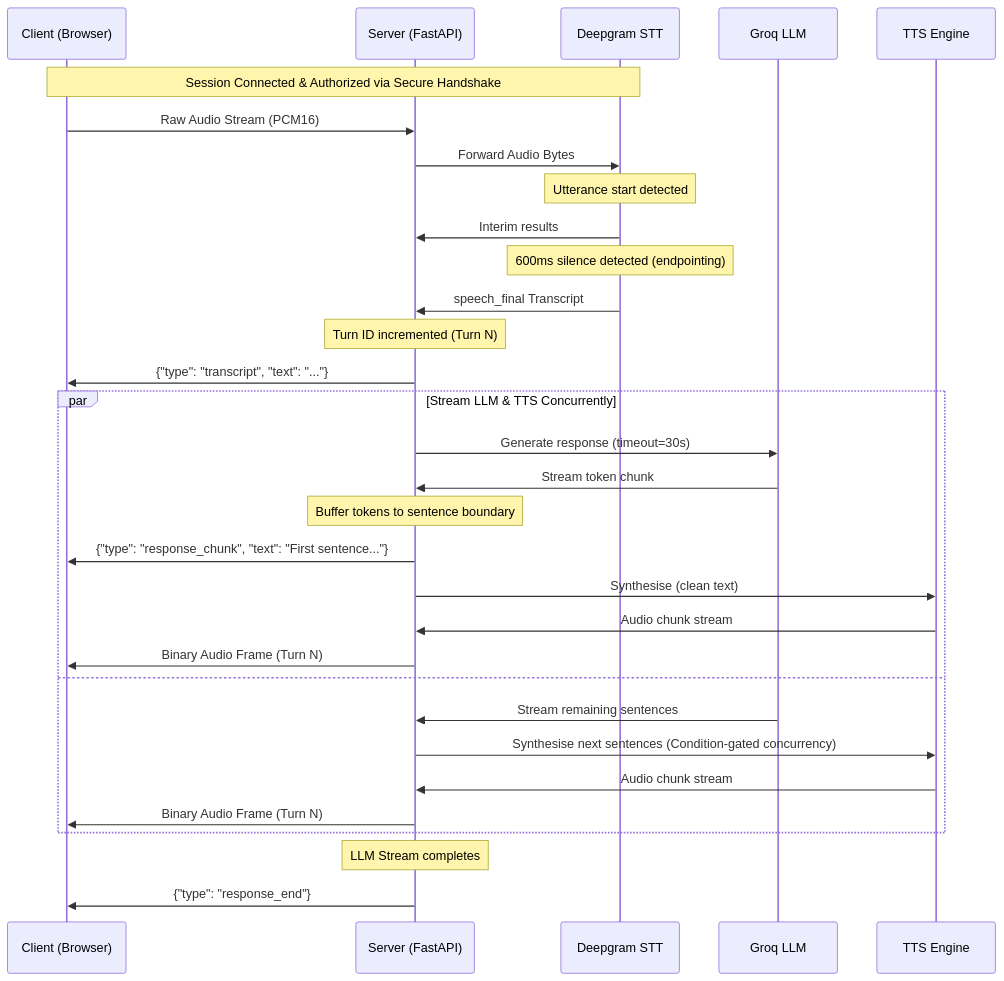
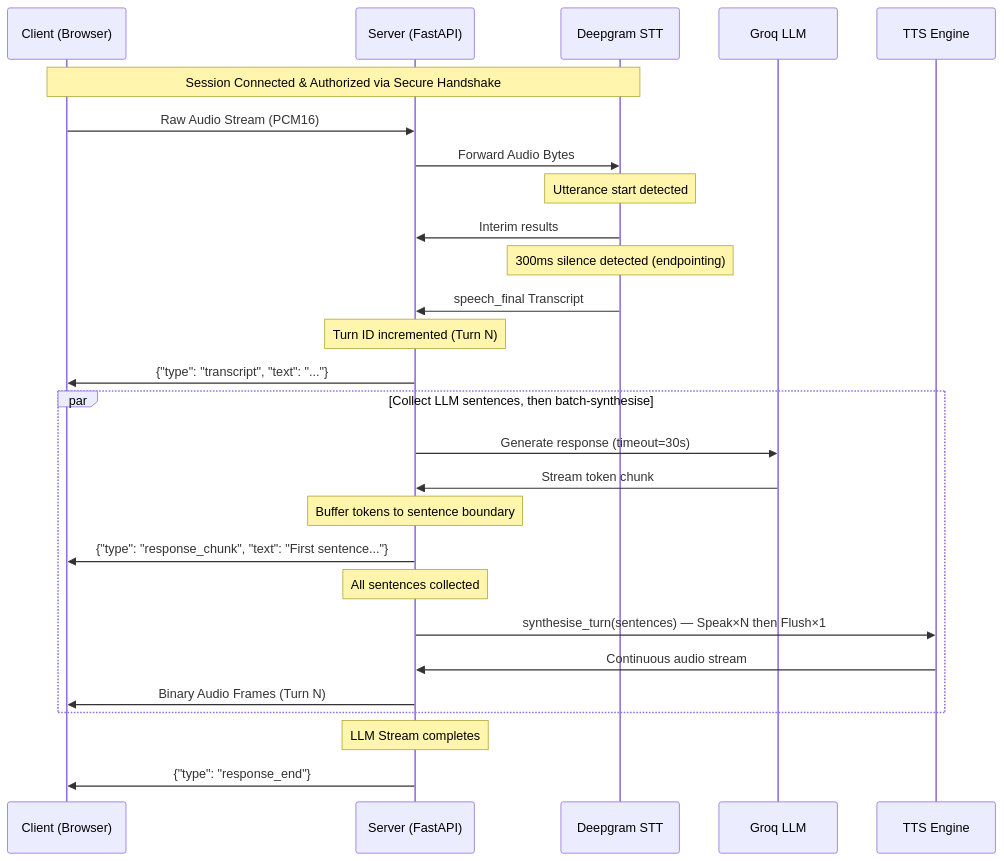
Before and after one commit to Yendoh-Derek/Cascade: the second of 3 diagrams in ARCHITECTURE.md, drawn with Mermaid. The commit also changed other lines of this file and 14 other files, not shown here.

````diff
--- a/ARCHITECTURE.md
+++ b/ARCHITECTURE.md
@@ -33,36 +33,32 @@
 ```mermaid
 sequenceDiagram
     participant C as Client (Browser)
     participant S as Server (FastAPI)
     participant STT as Deepgram STT
     participant LLM as Groq LLM
     participant TTS as TTS Engine
 
     Note over C,STT: Session Connected & Authorized via Secure Handshake
     C->>S: Raw Audio Stream (PCM16)
     S->>STT: Forward Audio Bytes
     Note over STT: Utterance start detected
     STT->>S: Interim results
-    Note over STT: 600ms silence detected (endpointing)
+    Note over STT: 300ms silence detected (endpointing)
     STT->>S: speech_final Transcript
     Note over S: Turn ID incremented (Turn N)
     S->>C: {"type": "transcript", "text": "..."}
     
-    par Stream LLM & TTS Concurrently
+    par Collect LLM sentences, then batch-synthesise
         S->>LLM: Generate response (timeout=30s)
         LLM->>S: Stream token chunk
         Note over S: Buffer tokens to sentence boundary
         S->>C: {"type": "response_chunk", "text": "First sentence..."}
-        S->>TTS: Synthesise (clean text)
-        TTS->>S: Audio chunk stream
-        S->>C: Binary Audio Frame (Turn N)
-    and
-        LLM->>S: Stream remaining sentences
-        S->>TTS: Synthesise next sentences (Condition-gated concurrency)
-        TTS->>S: Audio chunk stream
-        S->>C: Binary Audio Frame (Turn N)
+        Note over S: All sentences collected
+        S->>TTS: synthesise_turn(sentences) — Speak×N then Flush×1
+        TTS->>S: Continuous audio stream
+        S->>C: Binary Audio Frames (Turn N)
     end
 
     Note over S: LLM Stream completes
     S->>C: {"type": "response_end"}
 ```
````
